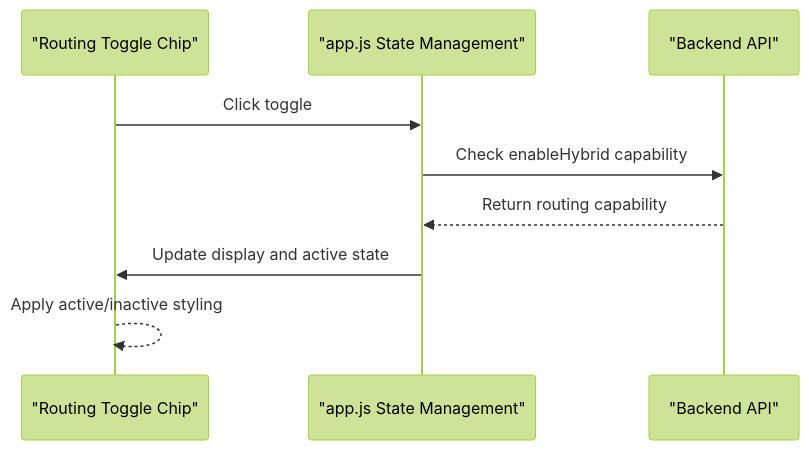
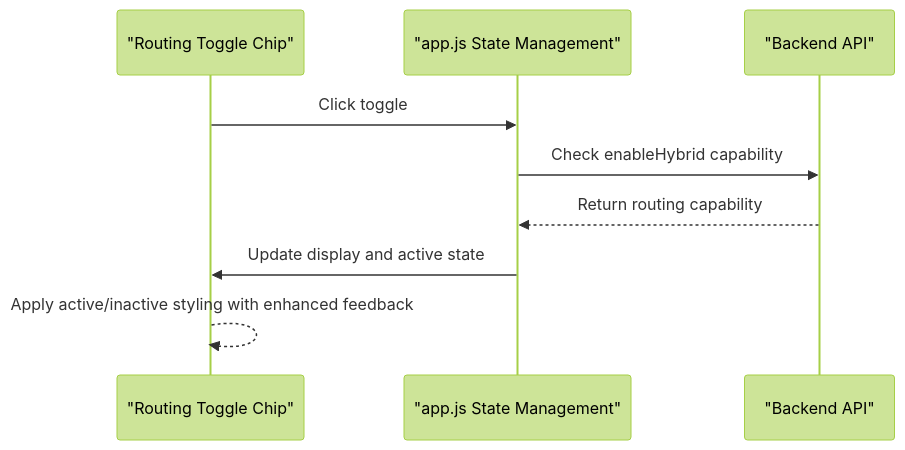
The third of 5 diagrams in .qoder/repowiki/en/content/Frontend Components/User Interface Design/CSS Styling and Animations.md (Sovetsky-Soyuz/AI-Assistant), drawn with Mermaid (forest theme) before and after one commit. The commit also changed other lines of this file and 10 other files, not shown here.

````diff
--- a/.qoder/repowiki/en/content/Frontend Components/User Interface Design/CSS Styling and Animations.md
+++ b/.qoder/repowiki/en/content/Frontend Components/User Interface Design/CSS Styling and Animations.md
@@ -210,11 +208,11 @@
 ```mermaid
 sequenceDiagram
 participant UI as "Routing Toggle Chip"
 participant JS as "app.js State Management"
 participant API as "Backend API"
 UI->>JS : Click toggle
 JS->>API : Check enableHybrid capability
 API-->>JS : Return routing capability
 JS->>UI : Update display and active state
-UI-->>UI : Apply active/inactive styling
+UI-->>UI : Apply active/inactive styling with enhanced feedback
 ```
````
